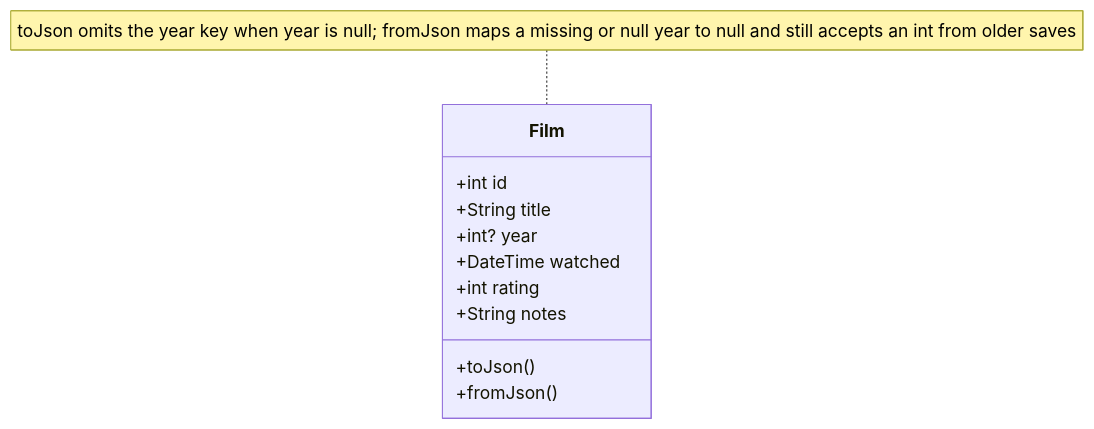
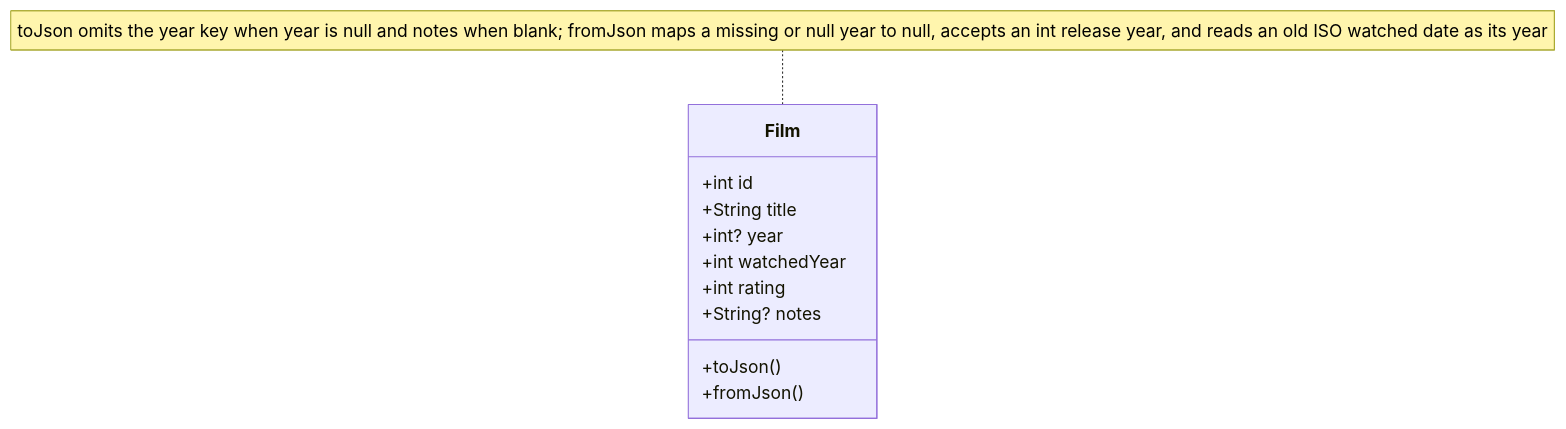
One commit to redge-aw/reel_log changed the first of 2 diagrams in openspec/changes/log-a-film/design.md. Above: the diagram before and after it, drawn with Mermaid. The commit also changed other lines of this file and 3 other files, not shown here.

Commit message:
Refactor film logging specifications: update watched date to watched year, clarify JSON handling, and enhance validation messages

````diff
--- a/openspec/changes/log-a-film/design.md
+++ b/openspec/changes/log-a-film/design.md
@@ -36,15 +36,15 @@
 ```mermaid
 classDiagram
     class Film {
         +int id
         +String title
         +int? year
-        +DateTime watched
+        +int watchedYear
         +int rating
-        +String notes
+        +String? notes
         +toJson()
         +fromJson()
     }
 
-    note for Film "toJson omits the year key when year is null; fromJson maps a missing or null year to null and still accepts an int from older saves"
+    note for Film "toJson omits the year key when year is null and notes when blank; fromJson maps a missing or null year to null, accepts an int release year, and reads an old ISO watched date as its year"
 ```
````
